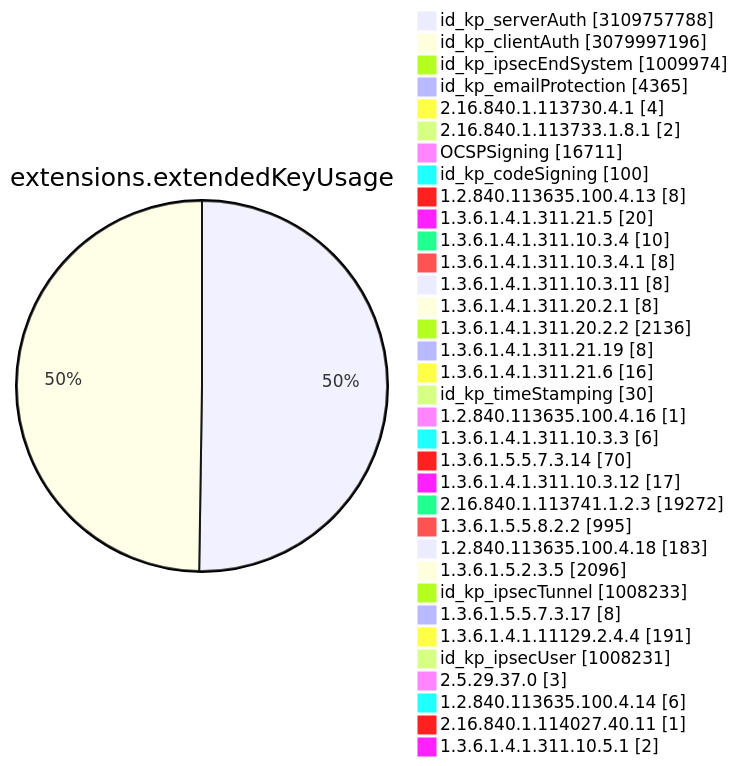
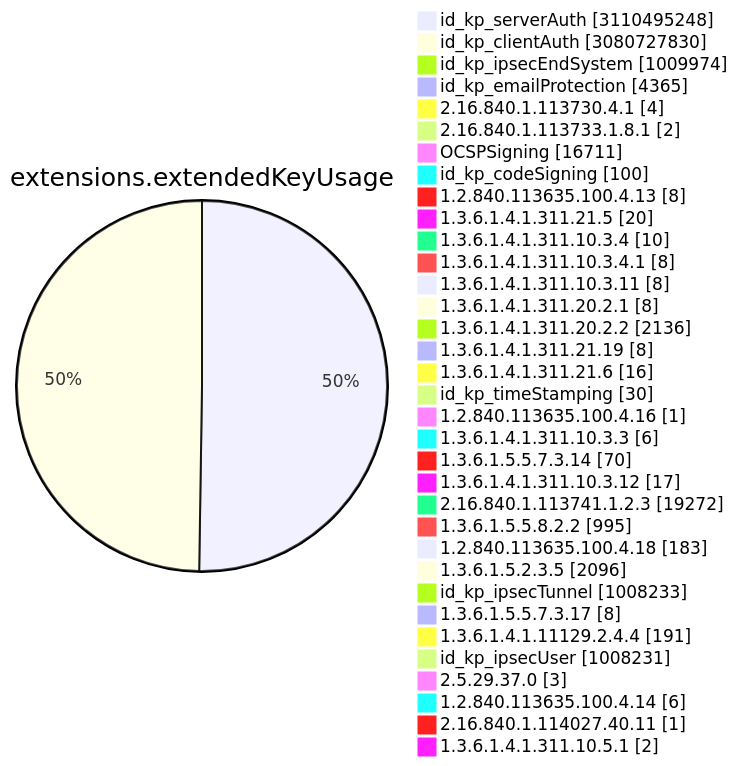
One commit to christiankrug/ctmonitor_visualization changed diagram 11 of 15 in TOTAL/README.md. Above: the diagram before and after it, drawn with Mermaid. The commit also changed other lines of this file, not shown here.

````diff
--- a/TOTAL/README.md
+++ b/TOTAL/README.md
@@ -4117,38 +4117,38 @@
 ```mermaid
 pie showData
 title extensions.extendedKeyUsage
-"id_kp_serverAuth" :3109757788
-"id_kp_clientAuth" :3079997196
+"id_kp_serverAuth" :3110495248
+"id_kp_clientAuth" :3080727830
 "id_kp_ipsecEndSystem" :1009974
 "id_kp_emailProtection" :4365
 "2.16.840.1.113730.4.1" :4
 "2.16.840.1.113733.1.8.1" :2
 "OCSPSigning" :16711
 "id_kp_codeSigning" :100
 "1.2.840.113635.100.4.13" :8
 "1.3.6.1.4.1.311.21.5" :20
 "1.3.6.1.4.1.311.10.3.4" :10
 "1.3.6.1.4.1.311.10.3.4.1" :8
 "1.3.6.1.4.1.311.10.3.11" :8
 "1.3.6.1.4.1.311.20.2.1" :8
 "1.3.6.1.4.1.311.20.2.2" :2136
 "1.3.6.1.4.1.311.21.19" :8
 "1.3.6.1.4.1.311.21.6" :16
 "id_kp_timeStamping" :30
 "1.2.840.113635.100.4.16" :1
 "1.3.6.1.4.1.311.10.3.3" :6
 "1.3.6.1.5.5.7.3.14" :70
 "1.3.6.1.4.1.311.10.3.12" :17
 "2.16.840.1.113741.1.2.3" :19272
 "1.3.6.1.5.5.8.2.2" :995
 "1.2.840.113635.100.4.18" :183
 "1.3.6.1.5.2.3.5" :2096
 "id_kp_ipsecTunnel" :1008233
 "1.3.6.1.5.5.7.3.17" :8
 "1.3.6.1.4.1.11129.2.4.4" :191
 "id_kp_ipsecUser" :1008231
 "2.5.29.37.0" :3
 "1.2.840.113635.100.4.14" :6
 "2.16.840.1.114027.40.11" :1
 "1.3.6.1.4.1.311.10.5.1" :2
 ```
````
